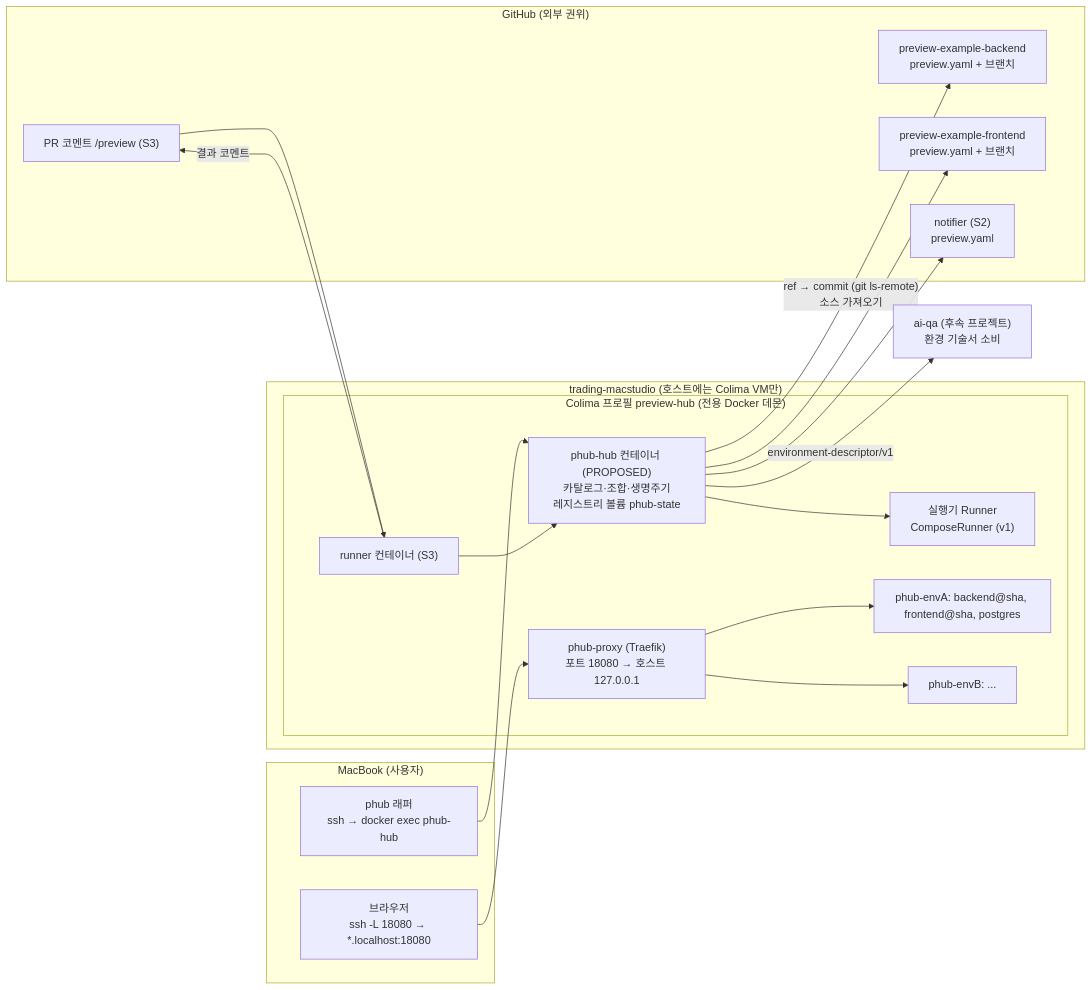
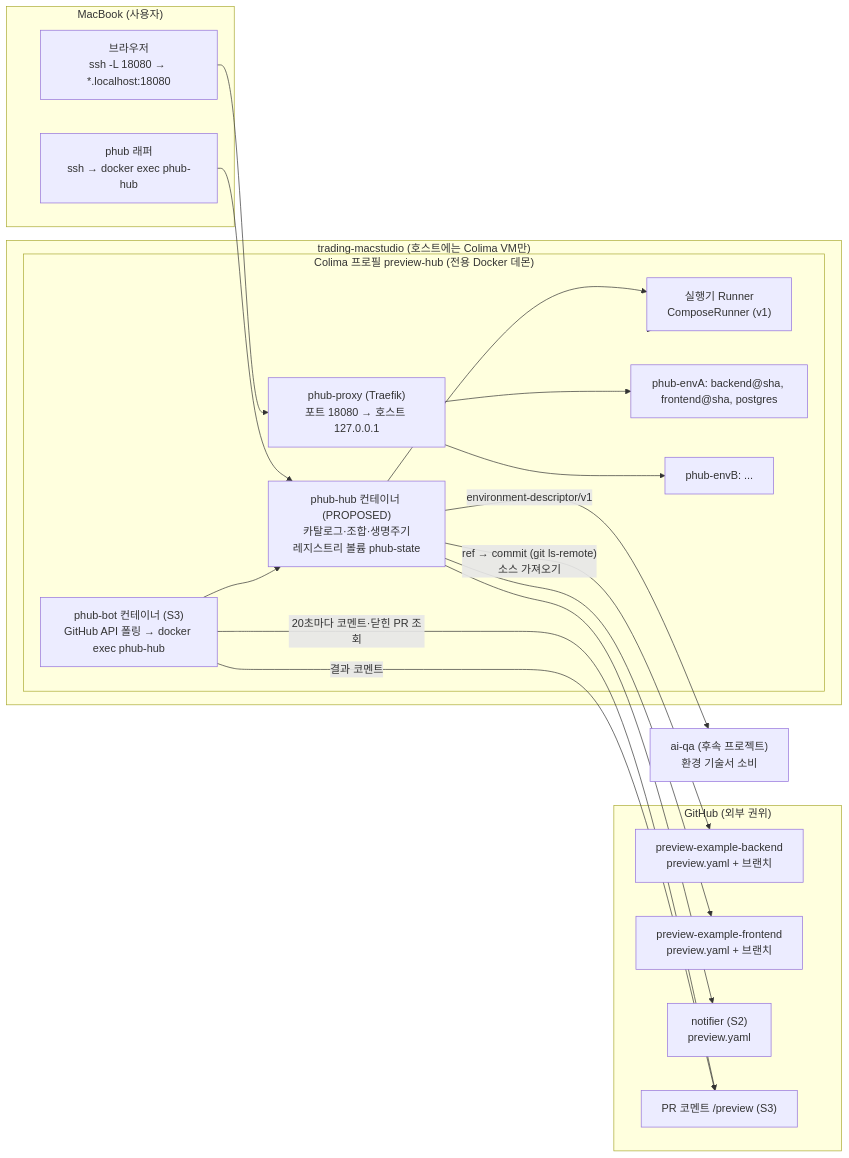
One commit to cafitac/preview-hub changed the diagram in .dev/features/20260929-preview-hub-v1/design/01-context-map.md. Above: the diagram before and after it, drawn with Mermaid. The commit also changed other lines of this file and 11 other files, not shown here.

````diff
--- a/.dev/features/20260929-preview-hub-v1/design/01-context-map.md
+++ b/.dev/features/20260929-preview-hub-v1/design/01-context-map.md
@@ -3,36 +3,37 @@
 ```mermaid
 flowchart LR
     subgraph MB["MacBook (사용자)"]
         U["phub 래퍼<br/>ssh → docker exec phub-hub"]
         BR["브라우저<br/>ssh -L 18080 → *.localhost:18080"]
     end
     subgraph GH["GitHub (외부 권위)"]
         REPO_BE["preview-example-backend<br/>preview.yaml + 브랜치"]
         REPO_FE["preview-example-frontend<br/>preview.yaml + 브랜치"]
         REPO_N["notifier (S2)<br/>preview.yaml"]
         PR["PR 코멘트 /preview (S3)"]
     end
     subgraph MS["trading-macstudio (호스트에는 Colima VM만)"]
         subgraph VM["Colima 프로필 preview-hub (전용 Docker 데몬)"]
             HUB["phub-hub 컨테이너 (PROPOSED)<br/>카탈로그·조합·생명주기<br/>레지스트리 볼륨 phub-state"]
             RUN["실행기 Runner<br/>ComposeRunner (v1)"]
-            ACT["runner 컨테이너 (S3)"]
+            ACT["phub-bot 컨테이너 (S3)<br/>GitHub API 폴링 → docker exec phub-hub"]
             PX["phub-proxy (Traefik)<br/>포트 18080 → 호스트 127.0.0.1"]
             ENV1["phub-envA: backend@sha, frontend@sha, postgres"]
             ENV2["phub-envB: ..."]
         end
     end
     AIQA["ai-qa (후속 프로젝트)<br/>환경 기술서 소비"]
 
     U --> HUB
     BR --> PX
-    PR --> ACT --> HUB
+    ACT -->|"20초마다 코멘트·닫힌 PR 조회"| PR
+    ACT --> HUB
     HUB -->|"ref → commit (git ls-remote)<br/>소스 가져오기"| REPO_BE
     HUB --> REPO_FE
     HUB --> REPO_N
     HUB --> RUN --> VM
     PX --> ENV1
     PX --> ENV2
     HUB -->|"environment-descriptor/v1"| AIQA
     ACT -->|"결과 코멘트"| PR
 ```
````
